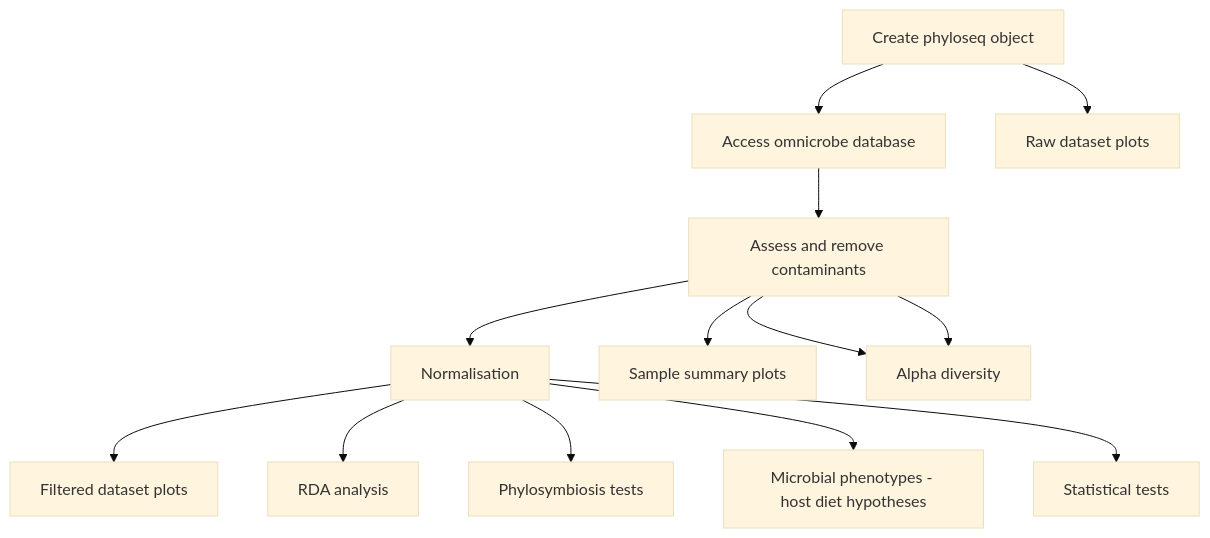
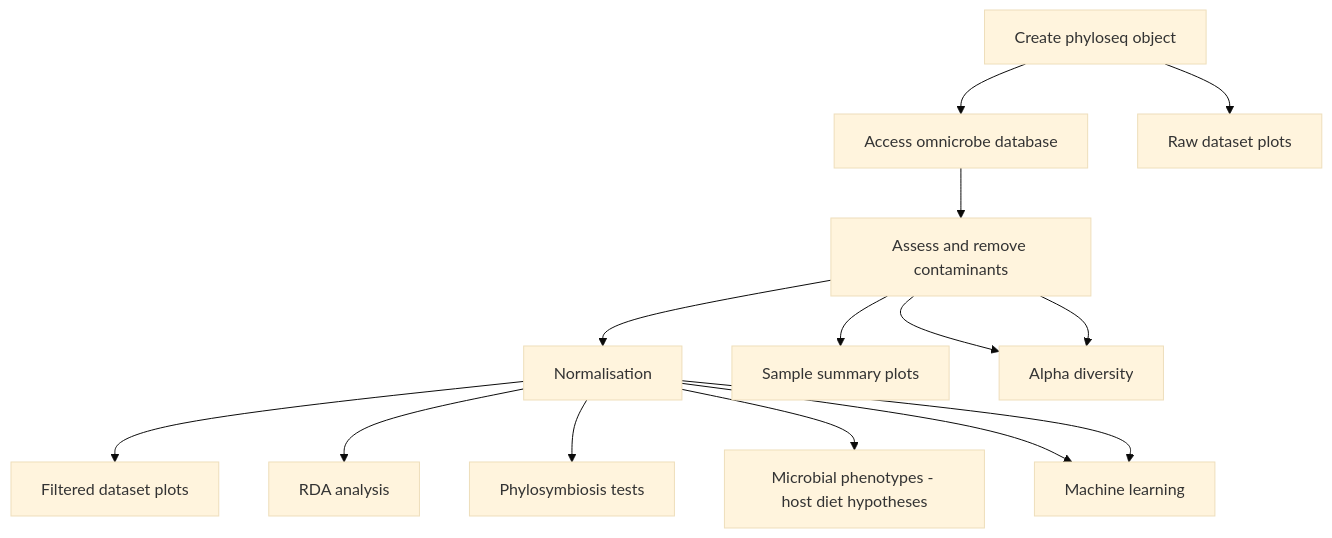
Before and after one commit to markella-moraitou/mammal_oral_microbiome_stats: the first of 3 diagrams in README.md, drawn with Mermaid (base theme). The commit also changed 3 other files, not shown here.

````diff
--- a/README.md
+++ b/README.md
@@ -2,15 +2,16 @@
 ```mermaid
 flowchart TD;
     A[Create phyloseq object]-->B[Access omnicrobe database];
     A-->C[Raw dataset plots];
     B-->D[Assess and remove contaminants];
     D-->E[Normalisation];
     D-->F[Sample summary plots];
     D-->G[Core microbiome];
     D-->G[Alpha diversity];
     E-->H[Filtered dataset plots];
     E-->I[RDA analysis];
     E-->J[Phylosymbiosis tests];
     E-->K[Microbial phenotypes - host diet hypotheses];
     E-->L[Statistical tests];
+    E-->L[Machine learning];
 ```
````
